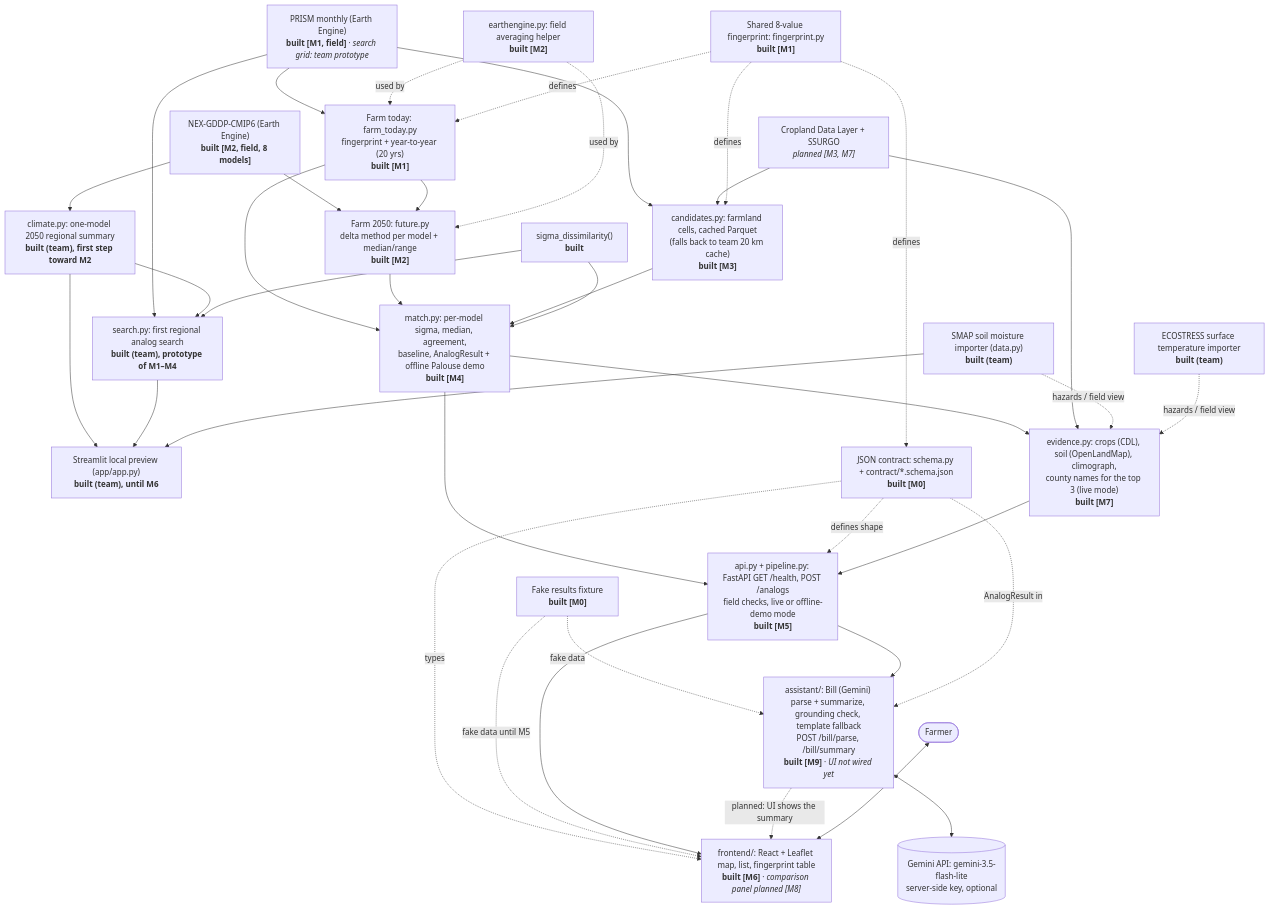
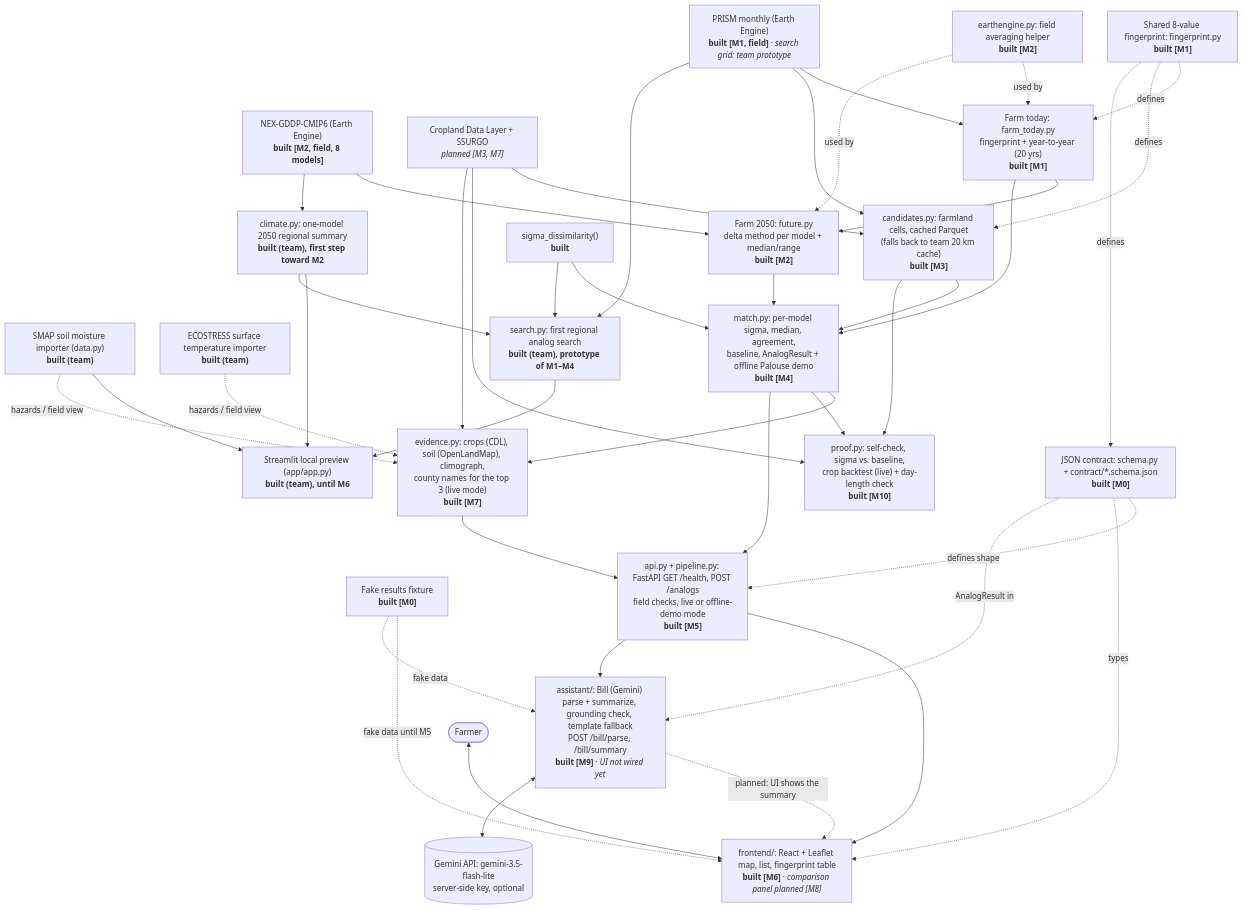
Before and after one commit to trafwel/farm-analog: the diagram in docs/ARCHITECTURE.md, drawn with Mermaid. The commit also changed other lines of this file and 3 other files, not shown here.

First line of the commit message:
Record M10's review, open issues, teach-back and architecture

````diff
--- a/docs/ARCHITECTURE.md
+++ b/docs/ARCHITECTURE.md
@@ -7,66 +7,70 @@
 ```mermaid
 flowchart TD
     PRISM["PRISM monthly (Earth Engine)<br/><b>built [M1, field]</b> · <i>search grid: team prototype</i>"]
     CMIP["NEX-GDDP-CMIP6 (Earth Engine)<br/><b>built [M2, field, 8 models]</b>"]
     CDL["Cropland Data Layer + SSURGO<br/><i>planned [M3, M7]</i>"]
     SMAP["SMAP soil moisture importer (data.py)<br/><b>built (team)</b>"]
     ECO["ECOSTRESS surface temperature importer<br/><b>built (team)</b>"]
     CLIM["climate.py: one-model 2050 regional summary<br/><b>built (team), first step toward M2</b>"]
     PREVIEW["Streamlit local preview (app/app.py)<br/><b>built (team), until M6</b>"]
     SEARCH["search.py: first regional analog search<br/><b>built (team), prototype of M1–M4</b>"]
 
     FT["Farm today: farm_today.py<br/>fingerprint + year-to-year (20 yrs)<br/><b>built [M1]</b>"]
     FPRINT["Shared 8-value fingerprint: fingerprint.py<br/><b>built [M1]</b>"]
     F50["Farm 2050: future.py<br/>delta method per model + median/range<br/><b>built [M2]</b>"]
     EEH["earthengine.py: field averaging helper<br/><b>built [M2]</b>"]
     CAND["candidates.py: farmland cells, cached Parquet<br/>(falls back to team 20 km cache)<br/><b>built [M3]</b>"]
     SIGMA["sigma_dissimilarity()<br/><b>built</b>"]
     MATCH["match.py: per-model sigma, median, agreement,<br/>baseline, AnalogResult + offline Palouse demo<br/><b>built [M4]</b>"]
+    PROOF["proof.py: self-check, sigma vs. baseline,<br/>crop backtest (live) + day-length check<br/><b>built [M10]</b>"]
     EVID["evidence.py: crops (CDL), soil (OpenLandMap), climograph,<br/>county names for the top 3 (live mode)<br/><b>built [M7]</b>"]
 
     CONTRACT["JSON contract: schema.py + contract/*.schema.json<br/><b>built [M0]</b>"]
     FIX["Fake results fixture<br/><b>built [M0]</b>"]
     API["api.py + pipeline.py: FastAPI GET /health, POST /analogs<br/>field checks, live or offline-demo mode<br/><b>built [M5]</b>"]
     UI["frontend/: React + Leaflet map, list, fingerprint table<br/><b>built [M6]</b> · <i>comparison panel planned [M8]</i>"]
     BILL["assistant/: Bill (Gemini) parse + summarize, grounding check, template fallback<br/>POST /bill/parse, /bill/summary<br/><b>built [M9]</b> · <i>UI not wired yet</i>"]
     GEMINI[("Gemini API: gemini-3.5-flash-lite<br/>server-side key, optional")]
     FARMER(["Farmer"])
 
     PRISM --> FT
     PRISM --> CAND
     CMIP --> F50
     FT --> F50
     CDL --> CAND
     FT --> MATCH
     F50 --> MATCH
     CAND --> MATCH
     SIGMA --> MATCH
     MATCH --> EVID
+    MATCH --> PROOF
+    CAND --> PROOF
+    CDL --> PROOF
     CDL --> EVID
     MATCH --> API
     EEH -. used by .-> FT
     EEH -. used by .-> F50
     FPRINT -. defines .-> FT
     FPRINT -. defines .-> CAND
     FPRINT -. defines .-> CONTRACT
     CMIP --> CLIM
     CLIM --> PREVIEW
     PRISM --> SEARCH
     CLIM --> SEARCH
     SIGMA --> SEARCH
     SEARCH --> PREVIEW
     SMAP --> PREVIEW
     SMAP -. hazards / field view .-> EVID
     ECO -. hazards / field view .-> EVID
     CONTRACT -. defines shape .-> API
     CONTRACT -. types .-> UI
     FIX -. fake data until M5 .-> UI
     FIX -. fake data .-> BILL
     EVID --> API
     API --> UI
     API --> BILL
     BILL -. planned: UI shows the summary .-> UI
     BILL <--> GEMINI
     CONTRACT -. AnalogResult in .-> BILL
     FARMER <--> UI
 ```
````
